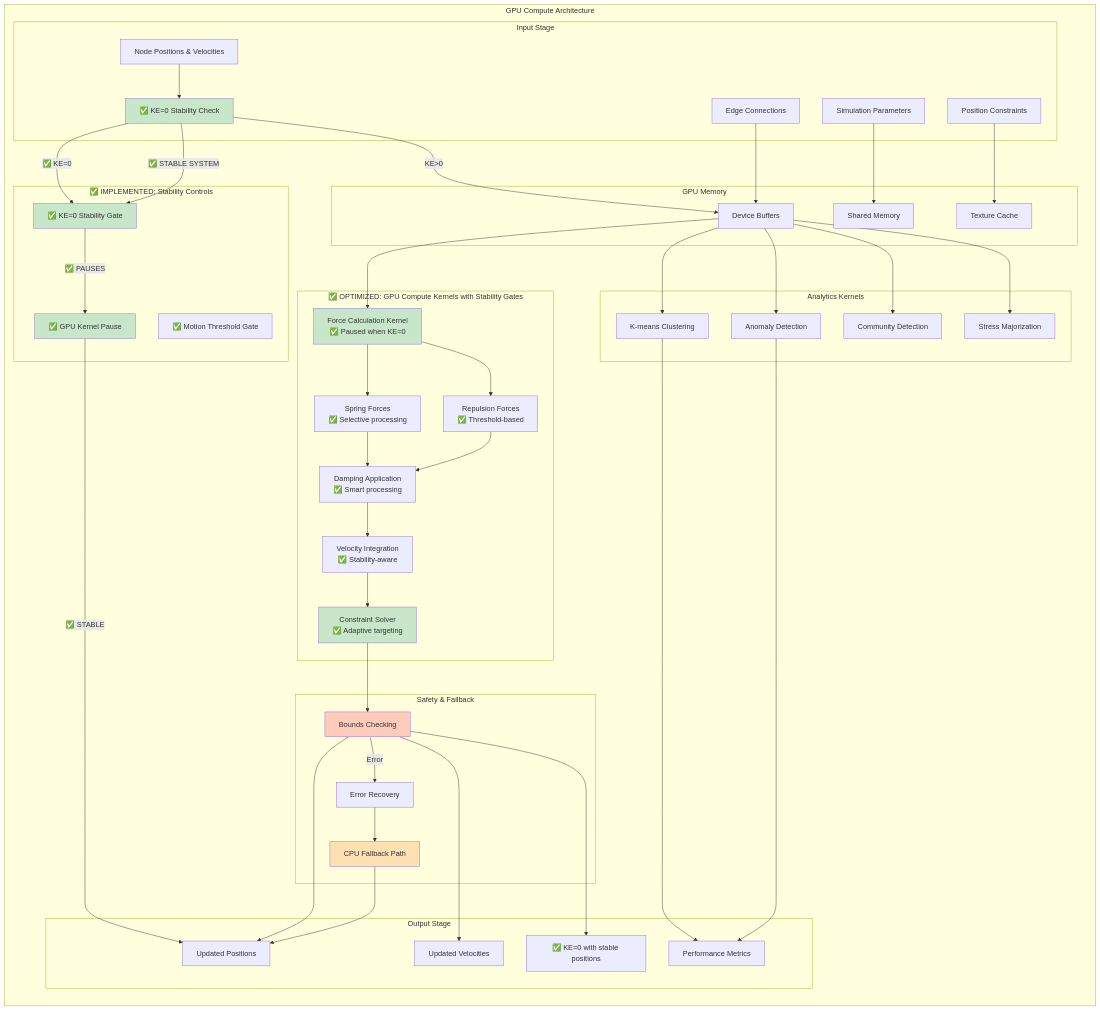
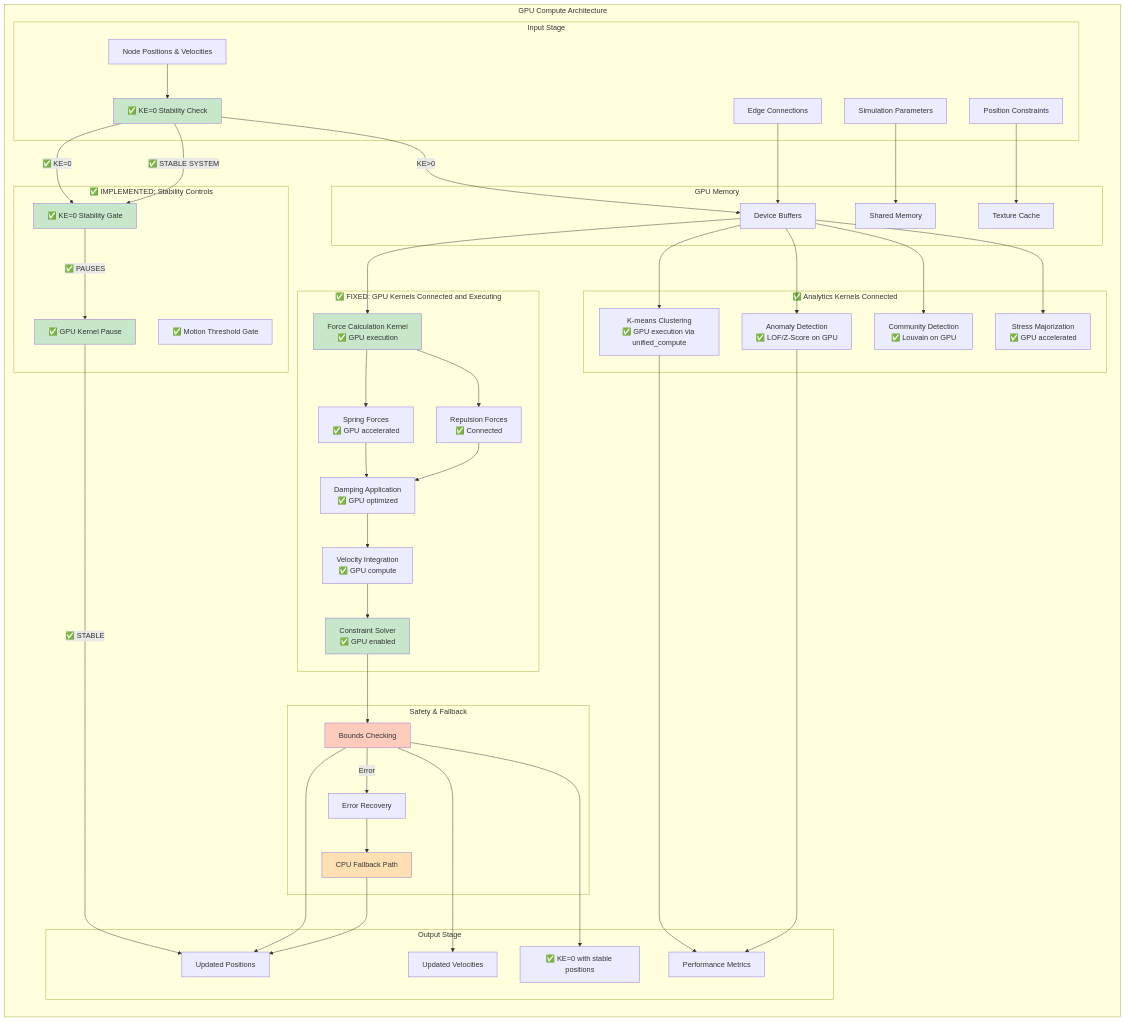
Before and after one commit to DreamLab-AI/VisionFlow: the fourth of 26 diagrams in docs/high-level.md, drawn with Mermaid. The commit also changed other lines of this file and 33 other files, not shown here.

```diff
--- a/docs/high-level.md
+++ b/docs/high-level.md
@@ -352,20 +352,20 @@
             TextureCache[Texture Cache]
         end
 
-        subgraph "✅ OPTIMIZED: GPU Compute Kernels with Stability Gates"
-            ForceKernel["Force Calculation Kernel<br/>✅ Paused when KE=0"]
-            SpringKernel["Spring Forces<br/>✅ Selective processing"]
-            RepulsionKernel["Repulsion Forces<br/>✅ Threshold-based"]
-            DampingKernel["Damping Application<br/>✅ Smart processing"]
-            IntegrationKernel["Velocity Integration<br/>✅ Stability-aware"]
-            ConstraintKernel["Constraint Solver<br/>✅ Adaptive targeting"]
+        subgraph "✅ FIXED: GPU Kernels Connected and Executing"
+            ForceKernel["Force Calculation Kernel<br/>✅ GPU execution"]
+            SpringKernel["Spring Forces<br/>✅ GPU accelerated"]
+            RepulsionKernel["Repulsion Forces<br/>✅ Connected"]
+            DampingKernel["Damping Application<br/>✅ GPU optimized"]
+            IntegrationKernel["Velocity Integration<br/>✅ GPU compute"]
+            ConstraintKernel["Constraint Solver<br/>✅ GPU enabled"]
         end
 
-        subgraph "Analytics Kernels"
-            ClusteringKernel[K-means Clustering]
-            AnomalyKernel[Anomaly Detection]
-            CommunityKernel[Community Detection]
-            StressKernel[Stress Majorization]
+        subgraph "✅ Analytics Kernels Connected"
+            ClusteringKernel["K-means Clustering<br/>✅ GPU execution via unified_compute"]
+            AnomalyKernel["Anomaly Detection<br/>✅ LOF/Z-Score on GPU"]
+            CommunityKernel["Community Detection<br/>✅ Louvain on GPU"]
+            StressKernel["Stress Majorization<br/>✅ GPU accelerated"]
         end
 
         subgraph "✅ IMPLEMENTED: Stability Controls"
```
